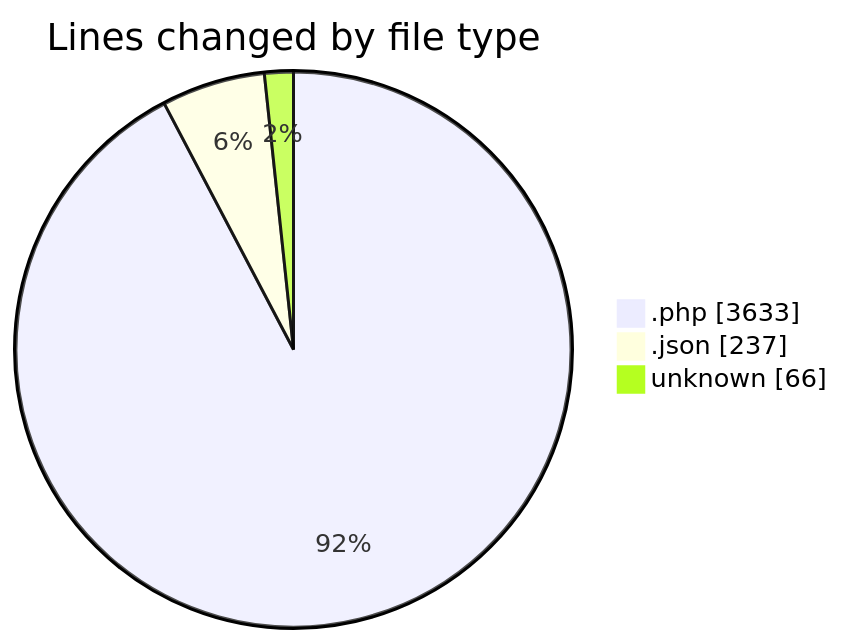
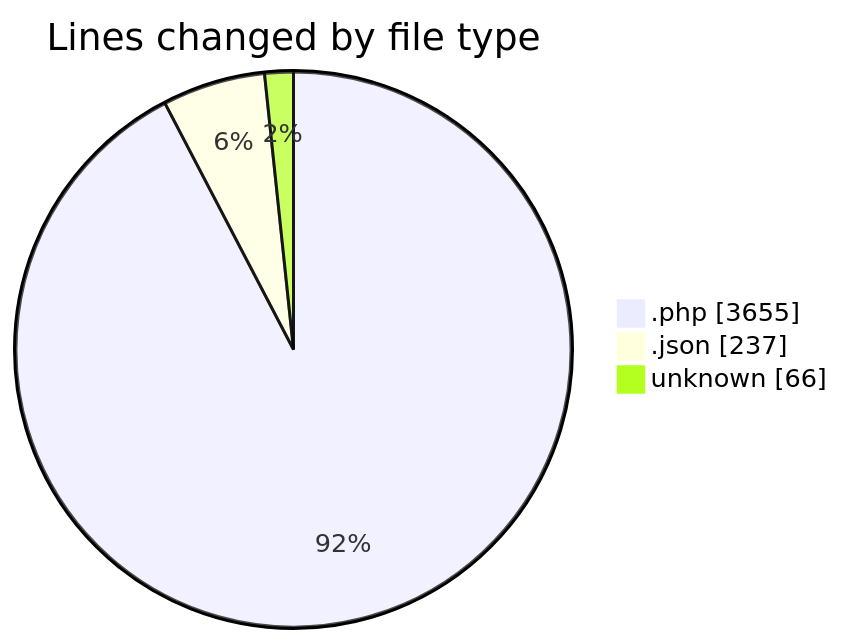
The first of 2 diagrams in 2025-06-06/sewa-mobil/README.md (idhammustaqopulfikri/code-tracking), drawn with Mermaid before and after one commit. The commit also changed other lines of this file and 1 other file, not shown here.

````diff
--- a/2025-06-06/sewa-mobil/README.md
+++ b/2025-06-06/sewa-mobil/README.md
@@ -33,7 +33,7 @@
 ```mermaid
 pie showData
 title Lines changed by file type
-".php" : 3633
+".php" : 3655
 ".json" : 237
 "unknown" : 66
 ```
````
